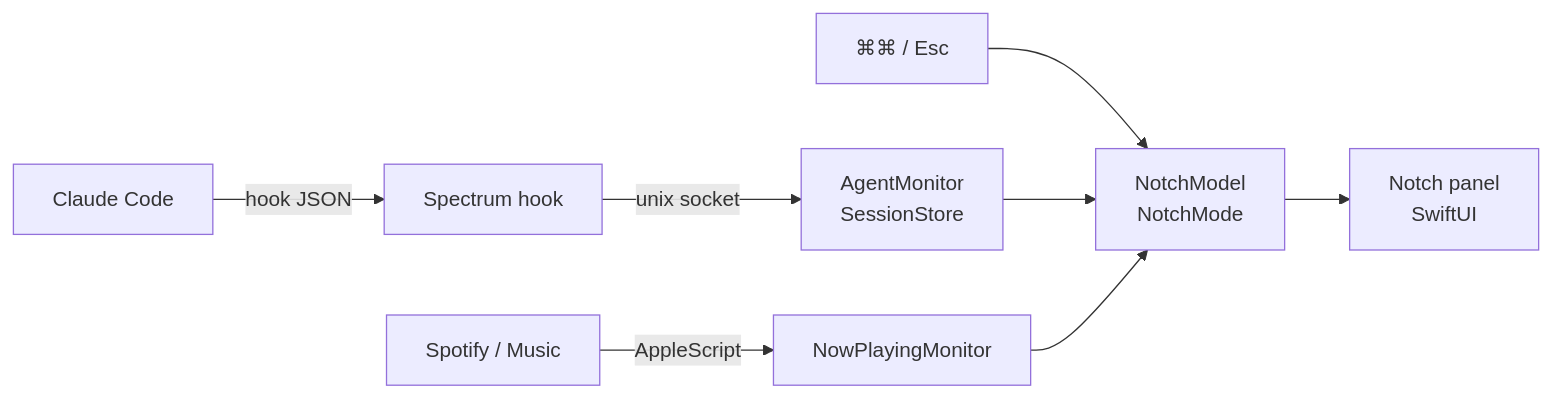
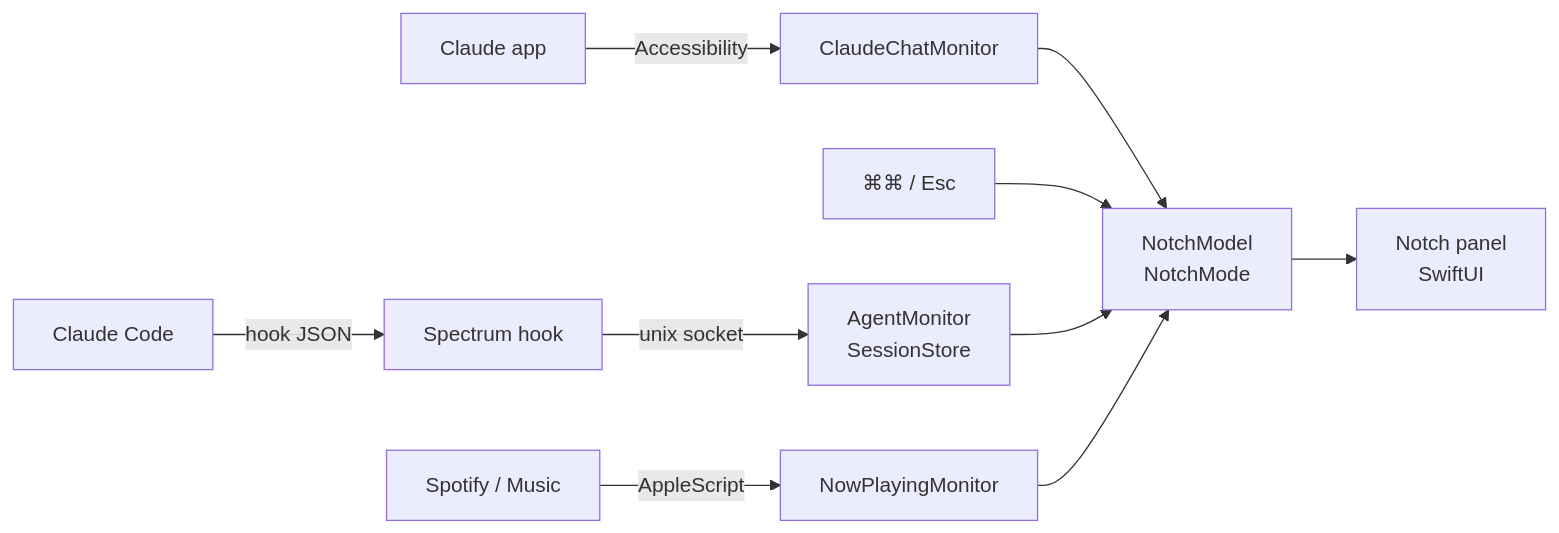
The diagram in README.md (asykixd/spectrum), drawn with Mermaid before and after one commit. The commit also changed other lines of this file and 2 other files, not shown here.

Commit message:
docs: describe claude app chats, haptics and artists

````diff
--- a/README.md
+++ b/README.md
@@ -100,10 +103,12 @@
 ```mermaid
 flowchart LR
     CC[Claude Code] -- hook JSON --> Hook[Spectrum hook]
     Hook -- unix socket --> Agents[AgentMonitor<br/>SessionStore]
     Players[Spotify / Music] -- AppleScript --> Music[NowPlayingMonitor]
+    App[Claude app] -- Accessibility --> Chats[ClaudeChatMonitor]
+    Chats --> Model
     Keys[⌘⌘ / Esc] --> Model
     Agents --> Model[NotchModel<br/>NotchMode]
     Music --> Model
     Model --> UI[Notch panel<br/>SwiftUI]
 ```
````
